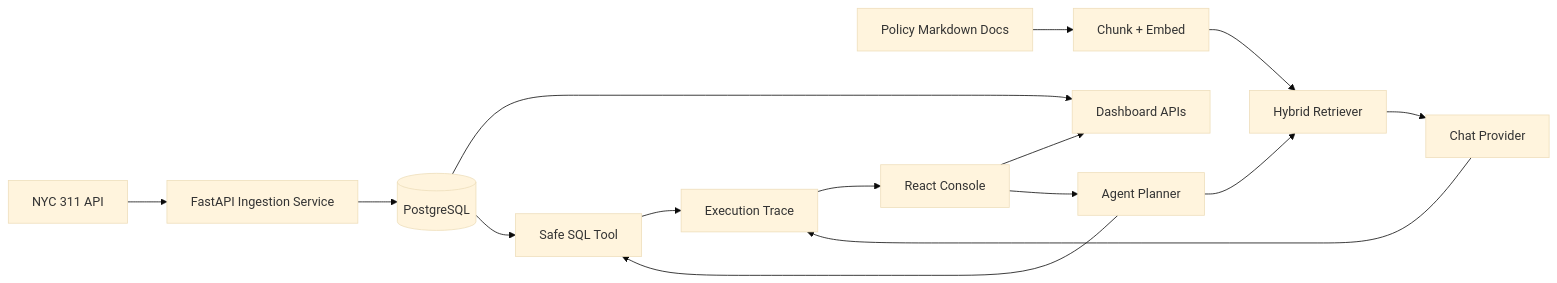
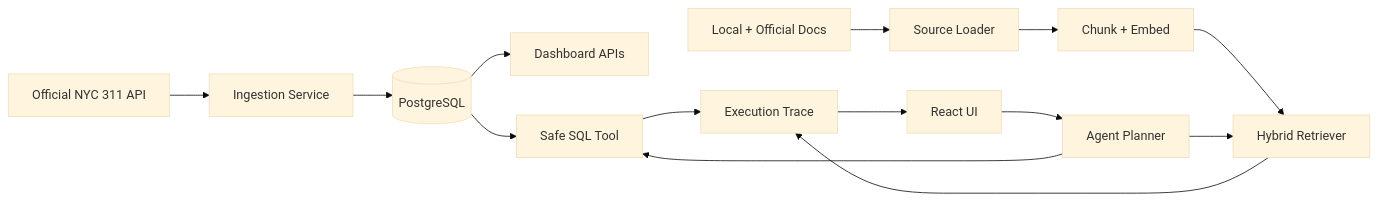
One commit to ririan1125/civicops-agent changed the diagram in README.md. Above: the diagram before and after it, drawn with Mermaid (base theme). The commit also changed other lines of this file and 34 other files, not shown here.

Commit message:
Add official RAG sources and live sync

````diff
--- a/README.md
+++ b/README.md
@@ -51,17 +43,16 @@
 ```mermaid
 flowchart LR
-  NYC["NYC 311 API"] --> Ingest["FastAPI Ingestion Service"]
-  Ingest --> DB[("PostgreSQL")]
-  DB --> Dash["Dashboard APIs"]
+  NYC["Official NYC 311 API"] --> Ingestion["Ingestion Service"]
+  Ingestion --> DB[("PostgreSQL")]
+  DB --> Dashboard["Dashboard APIs"]
   DB --> SQLTool["Safe SQL Tool"]
-  Docs["Policy Markdown Docs"] --> Chunk["Chunk + Embed"]
+  Docs["Local + Official Docs"] --> Loader["Source Loader"]
+  Loader --> Chunk["Chunk + Embed"]
   Chunk --> RAG["Hybrid Retriever"]
-  User["React Console"] --> Dash
-  User --> Agent["Agent Planner"]
+  User["React UI"] --> Agent["Agent Planner"]
   Agent --> SQLTool
   Agent --> RAG
-  RAG --> Chat["Chat Provider"]
   SQLTool --> Trace["Execution Trace"]
-  Chat --> Trace
+  RAG --> Trace
   Trace --> User
 ```
````
